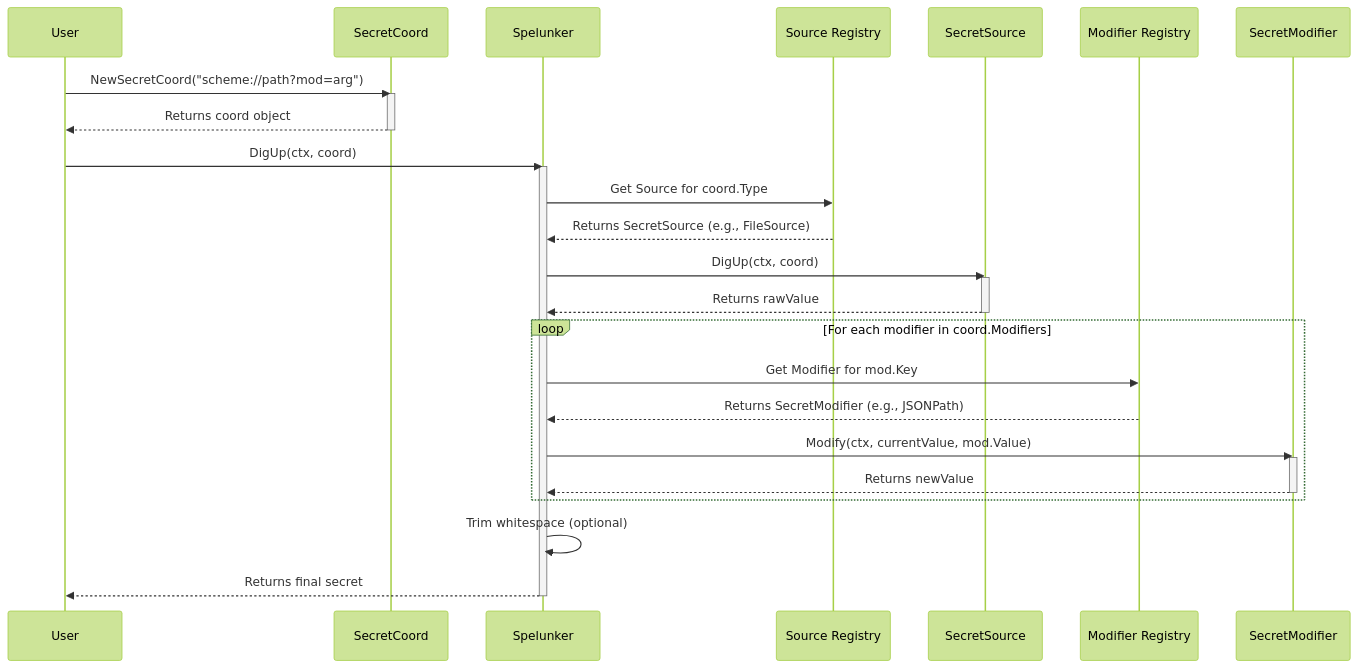
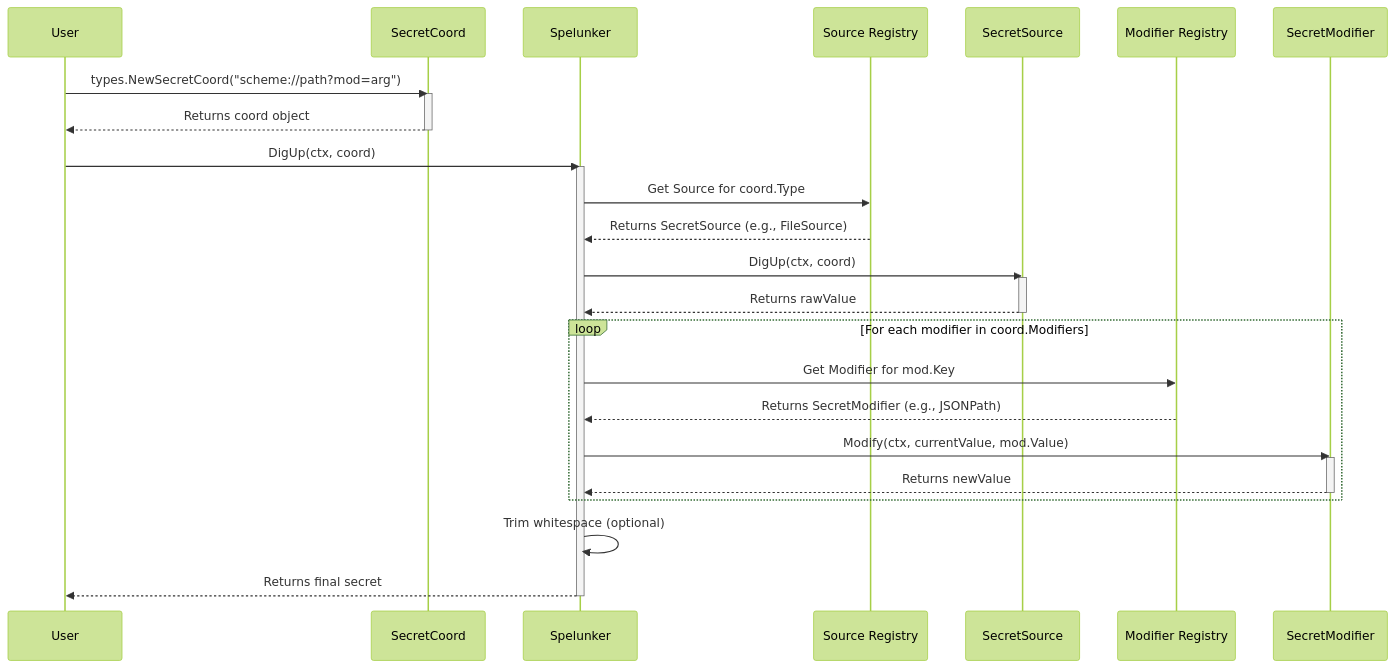
The second of 2 diagrams in ARCHITECTURE.md (detro/spelunk), drawn with Mermaid (forest theme) before and after one commit. The commit also changed other lines of this file and 1 other file, not shown here.

````diff
--- a/ARCHITECTURE.md
+++ b/ARCHITECTURE.md
@@ -96,41 +101,41 @@
 ```mermaid
 sequenceDiagram
     participant User
     participant SecretCoord
     participant Spelunker
     participant Source Registry
     participant SecretSource
     participant Modifier Registry
     participant SecretModifier
 
-    User->>SecretCoord: NewSecretCoord("scheme://path?mod=arg")
+    User->>SecretCoord: types.NewSecretCoord("scheme://path?mod=arg")
     activate SecretCoord
     SecretCoord-->>User: Returns coord object
     deactivate SecretCoord
 
     User->>Spelunker: DigUp(ctx, coord)
     activate Spelunker
 
     Spelunker->>Source Registry: Get Source for coord.Type
     Source Registry-->>Spelunker: Returns SecretSource (e.g., FileSource)
 
     Spelunker->>SecretSource: DigUp(ctx, coord)
     activate SecretSource
     SecretSource-->>Spelunker: Returns rawValue
     deactivate SecretSource
 
     loop For each modifier in coord.Modifiers
         Spelunker->>Modifier Registry: Get Modifier for mod.Key
         Modifier Registry-->>Spelunker: Returns SecretModifier (e.g., JSONPath)
         
         Spelunker->>SecretModifier: Modify(ctx, currentValue, mod.Value)
         activate SecretModifier
         SecretModifier-->>Spelunker: Returns newValue
         deactivate SecretModifier
     end
 
     Spelunker->>Spelunker: Trim whitespace (optional)
     
     Spelunker-->>User: Returns final secret
     deactivate Spelunker
 ```
````
